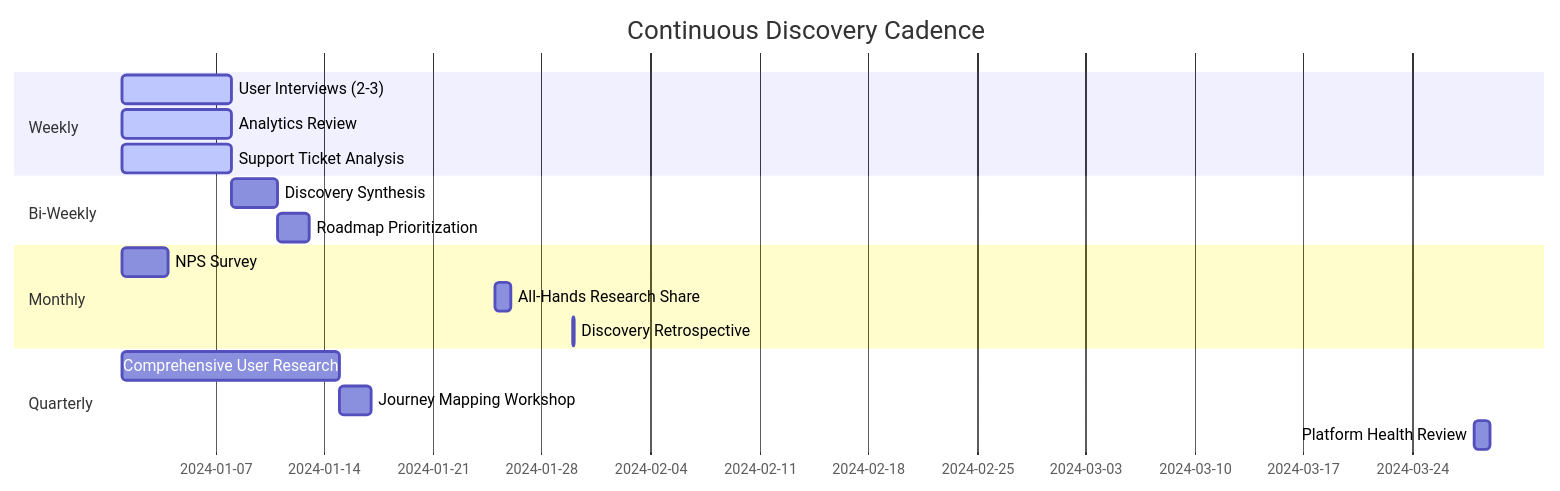
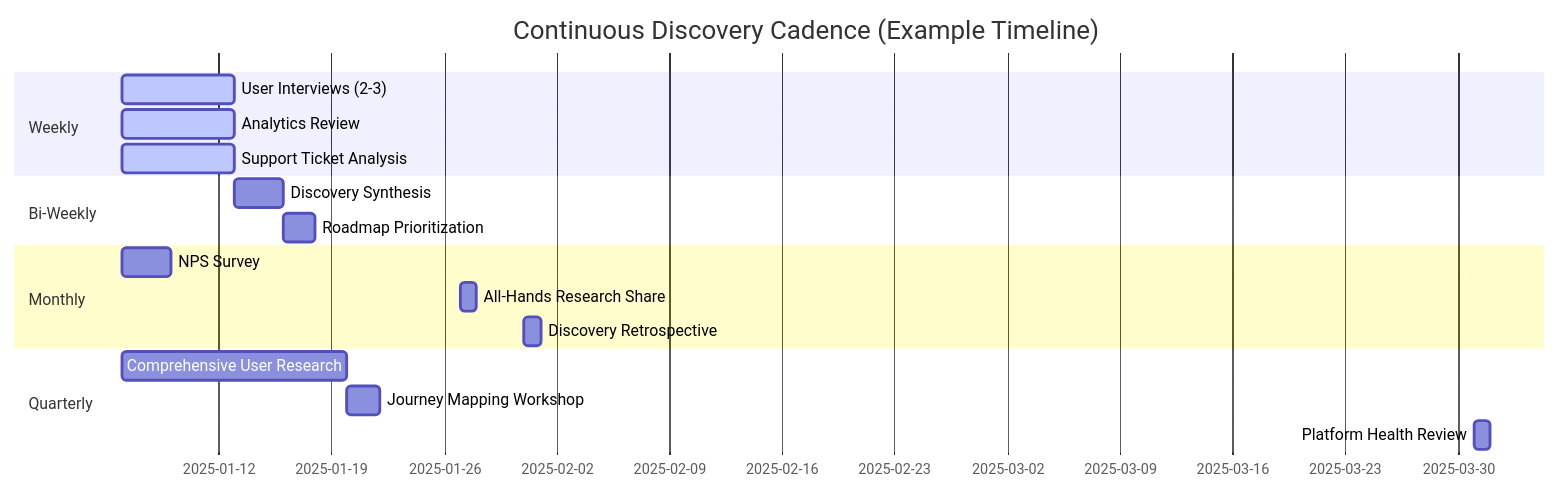
One commit to paruff/fawkes changed the first of 2 diagrams in docs/playbooks/continuous-discovery-workflow.md. Above: the diagram before and after it, drawn with Mermaid. The commit also changed other lines of this file, not shown here.

Commit message:
Address code review feedback for continuous discovery workflow

````diff
--- a/docs/playbooks/continuous-discovery-workflow.md
+++ b/docs/playbooks/continuous-discovery-workflow.md
@@ -117,24 +119,24 @@
 ```mermaid
 gantt
-    title Continuous Discovery Cadence
+    title Continuous Discovery Cadence (Example Timeline)
     dateFormat  YYYY-MM-DD
     
     section Weekly
-    User Interviews (2-3)           :active, week1, 2024-01-01, 7d
-    Analytics Review                :active, week2, 2024-01-01, 7d
-    Support Ticket Analysis         :active, week3, 2024-01-01, 7d
+    User Interviews (2-3)           :active, week1, 2025-01-06, 7d
+    Analytics Review                :active, week2, 2025-01-06, 7d
+    Support Ticket Analysis         :active, week3, 2025-01-06, 7d
     
     section Bi-Weekly
-    Discovery Synthesis             :        bi1, 2024-01-08, 3d
-    Roadmap Prioritization          :        bi2, 2024-01-11, 2d
+    Discovery Synthesis             :        bi1, 2025-01-13, 3d
+    Roadmap Prioritization          :        bi2, 2025-01-16, 2d
     
     section Monthly
-    NPS Survey                      :        mon1, 2024-01-01, 3d
-    All-Hands Research Share        :        mon2, 2024-01-25, 1d
-    Discovery Retrospective         :        mon3, 2024-01-30, 2h
+    NPS Survey                      :        mon1, 2025-01-06, 3d
+    All-Hands Research Share        :        mon2, 2025-01-27, 1d
+    Discovery Retrospective         :        mon3, 2025-01-31, 1d
     
     section Quarterly
-    Comprehensive User Research     :        q1, 2024-01-01, 14d
-    Journey Mapping Workshop        :        q2, 2024-01-15, 2d
-    Platform Health Review          :        q3, 2024-03-28, 1d
+    Comprehensive User Research     :        q1, 2025-01-06, 14d
+    Journey Mapping Workshop        :        q2, 2025-01-20, 2d
+    Platform Health Review          :        q3, 2025-03-31, 1d
 ```
````
